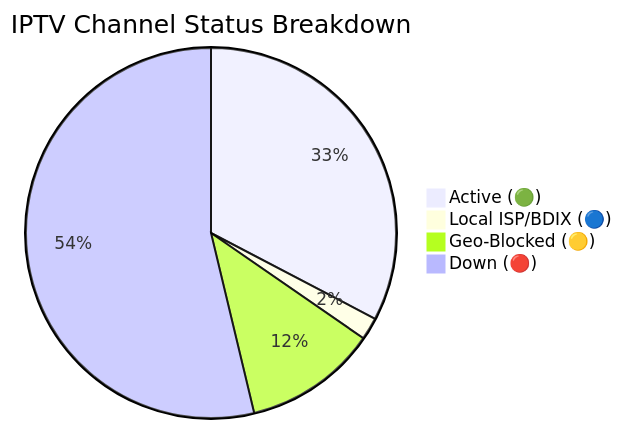
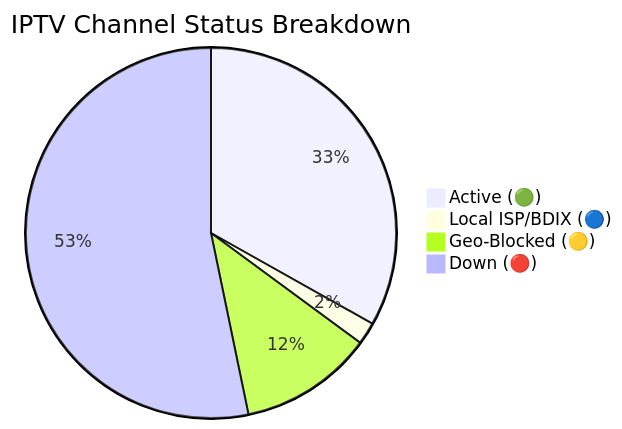
One commit to andreataylord/Ip-tv-Collection changed the diagram in README.md. Above: the diagram before and after it, drawn with Mermaid. The commit also changed other lines of this file and 1 other file, not shown here.

Commit message:
docs(readme): auto-update daily channel status chart

````diff
--- a/README.md
+++ b/README.md
@@ -59,7 +59,7 @@
 ```mermaid
 pie title IPTV Channel Status Breakdown
-    "Active (🟢)" : 2144
+    "Active (🟢)" : 2175
     "Local ISP/BDIX (🔵)" : 128
-    "Geo-Blocked (🟡)" : 763
-    "Down (🔴)" : 3527
+    "Geo-Blocked (🟡)" : 765
+    "Down (🔴)" : 3494
 ```
````
